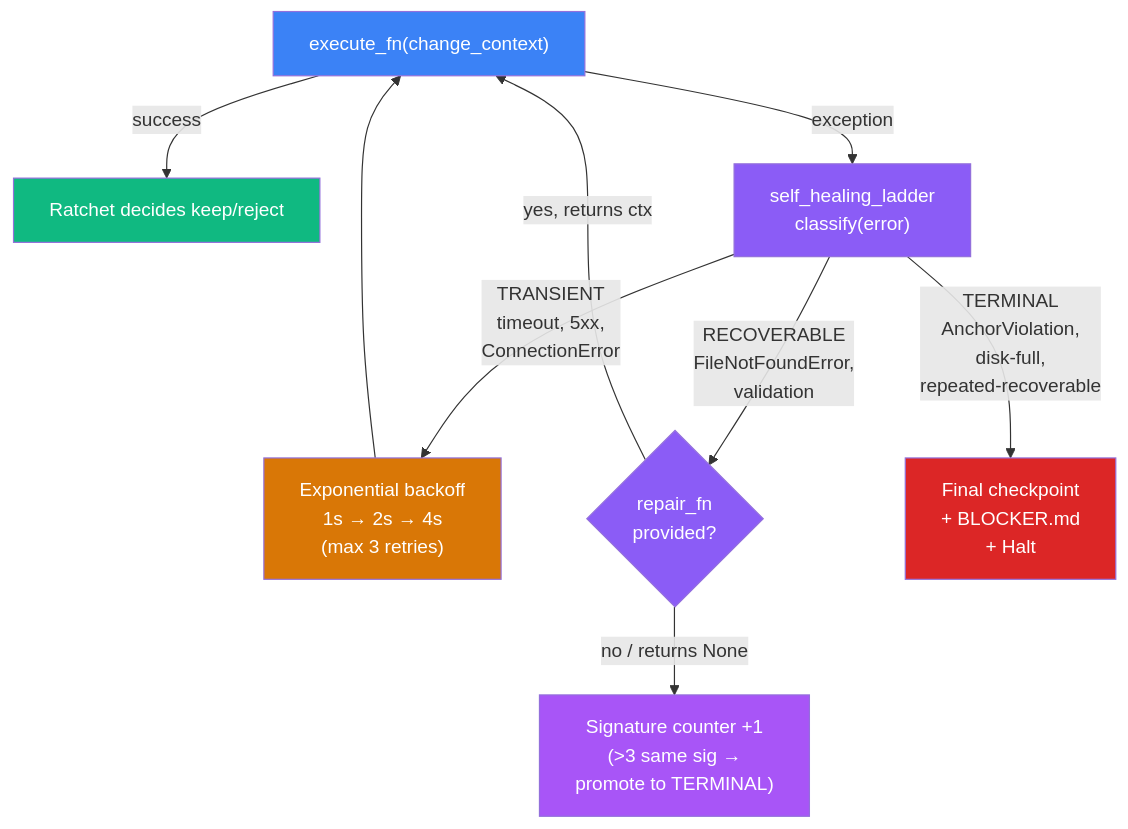
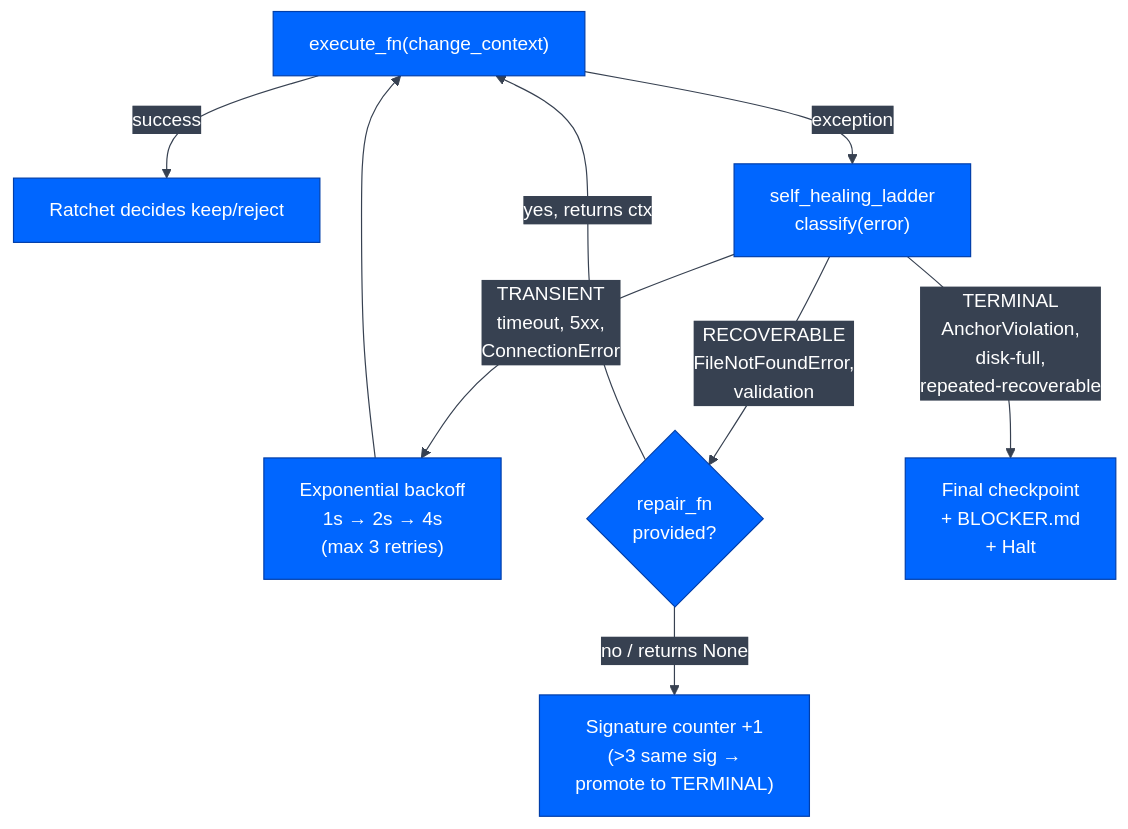
Before and after one commit to JosephOIbrahim/comfyui-agent: diagram 12 of 26 in README.md, drawn with Mermaid. The commit also changed other lines of this file, not shown here.

First line of the commit message:
[VERIFY] README — two-tone the 2 Cozy diagrams that PR #4 added with rainbow palette

````diff
--- a/README.md
+++ b/README.md
@@ -566,19 +557,12 @@
 ```mermaid
+%%{init: {'theme':'base','themeVariables': {'primaryColor':'#0066FF','primaryTextColor':'#ffffff','primaryBorderColor':'#003eaa','lineColor':'#374151','secondaryColor':'#374151','tertiaryColor':'#1f2937','fontFamily':'monospace'}}}%%
 flowchart TD
     Try["execute_fn(change_context)"] -->|success| Ratchet[Ratchet decides keep/reject]
     Try -->|exception| Class["self_healing_ladder<br/>classify(error)"]
     Class -->|"TRANSIENT<br/>timeout, 5xx,<br/>ConnectionError"| Backoff["Exponential backoff<br/>1s → 2s → 4s<br/>(max 3 retries)"]
     Backoff --> Try
     Class -->|"RECOVERABLE<br/>FileNotFoundError,<br/>validation"| Repair{repair_fn<br/>provided?}
     Repair -->|yes, returns ctx| Try
     Repair -->|no / returns None| Counter["Signature counter +1<br/>(>3 same sig →<br/>promote to TERMINAL)"]
     Class -->|"TERMINAL<br/>AnchorViolation,<br/>disk-full,<br/>repeated-recoverable"| Halt["Final checkpoint<br/>+ BLOCKER.md<br/>+ Halt"]
-
-    style Try fill:#3b82f6,color:#fff
-    style Ratchet fill:#10b981,color:#fff
-    style Class fill:#8b5cf6,color:#fff
-    style Backoff fill:#d97706,color:#fff
-    style Repair fill:#8b5cf6,color:#fff
-    style Counter fill:#a855f7,color:#fff
-    style Halt fill:#dc2626,color:#fff
 ```
````
